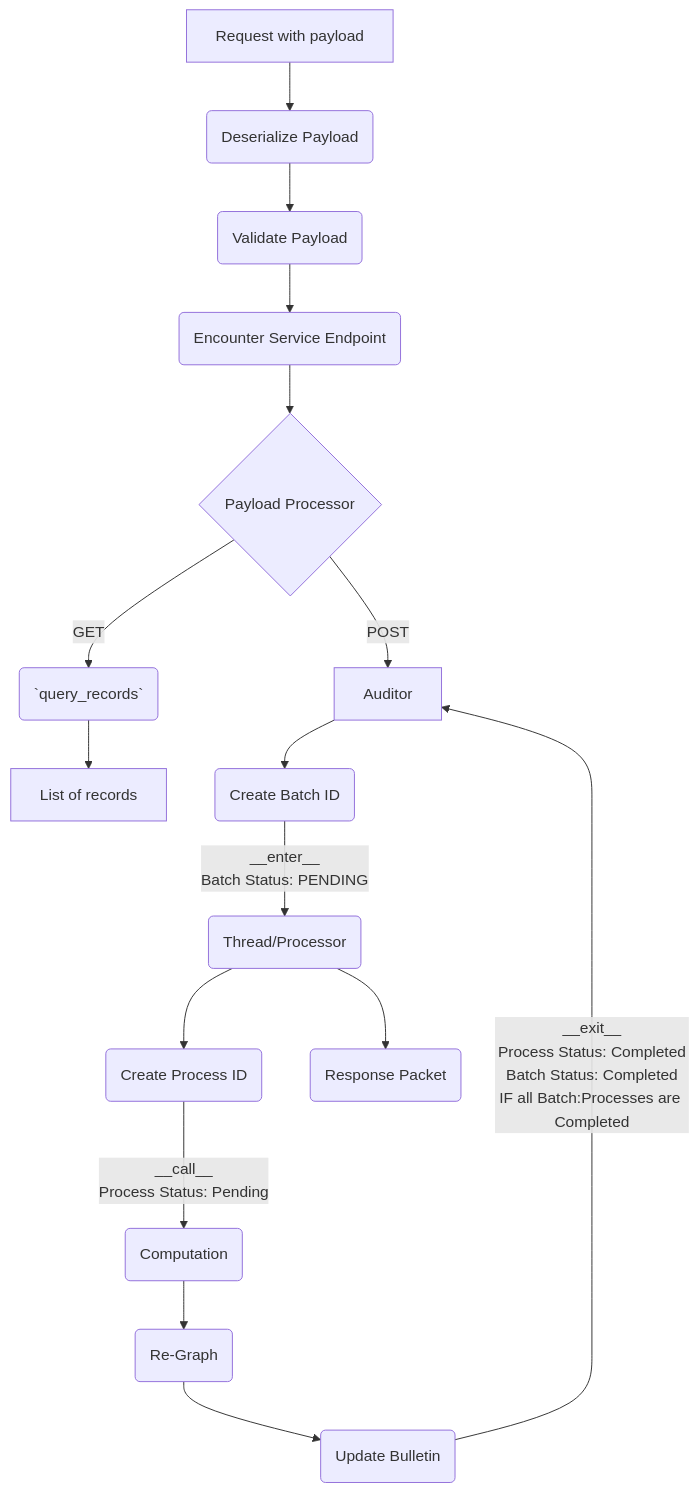
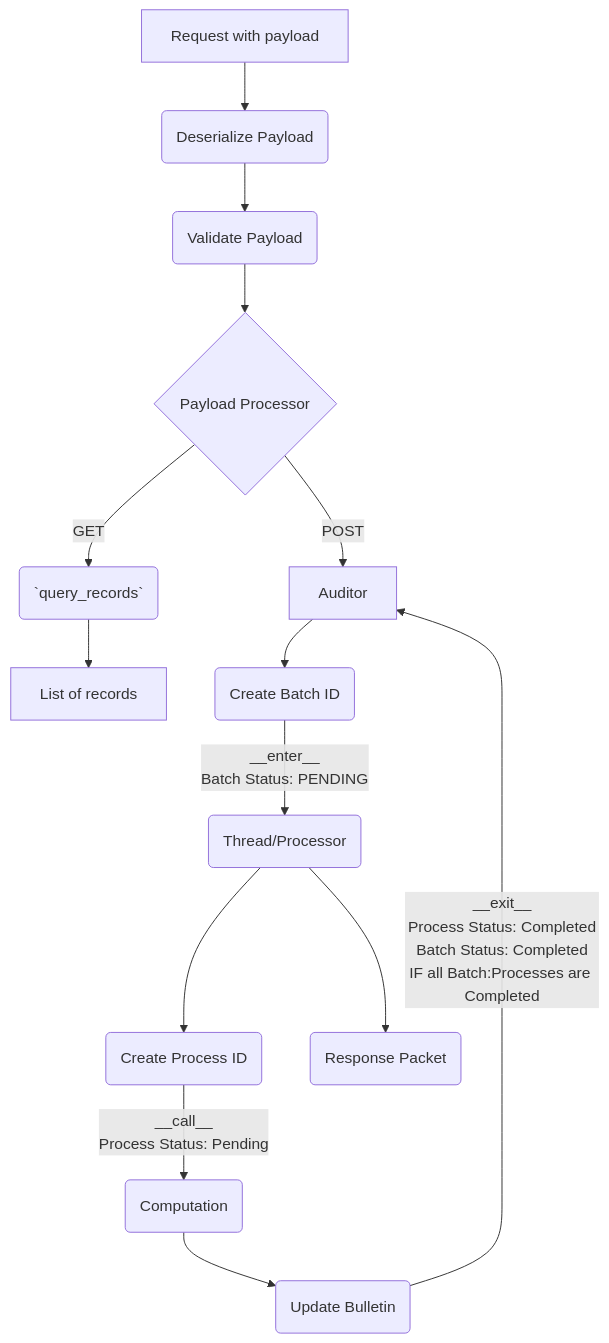
The first of 10 diagrams in README.md (HealthIQ-LLC/master-patient-index), drawn with Mermaid before and after one commit. The commit also changed other lines of this file and 7 other files, not shown here.

````diff
--- a/README.md
+++ b/README.md
@@ -287,19 +305,17 @@
 ```mermaid
 graph TD
 A[Request with payload]-->B(Deserialize Payload)
 B-->C(Validate Payload)
-C-->D(Encounter Service Endpoint)
-D-->E{Payload Processor}
+C-->E{Payload Processor}
 E-->|GET| F(`query_records`)
 F-->G[List of records]
 E-->|POST| H[Auditor]
 H-->O(Create Batch ID)
 O-->|__enter__\nBatch Status: PENDING| I(Thread/Processor)
 I-->P(Create Process ID)
 P-->|__call__\nProcess Status: Pending|L(Computation)
 N-->|__exit__\nProcess Status: Completed\nBatch Status: Completed\nIF all Batch:Processes are Completed|H
 I-->K(Response Packet)
-L-->M(Re-Graph)
-M-->N(Update Bulletin)
+L-->N(Update Bulletin)
 
 ```
````
